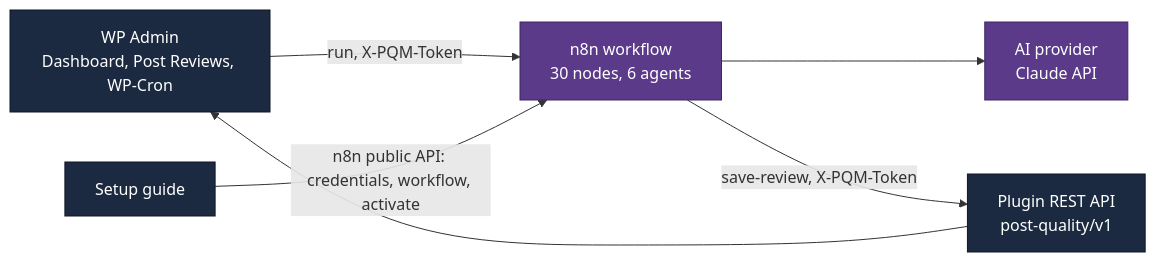
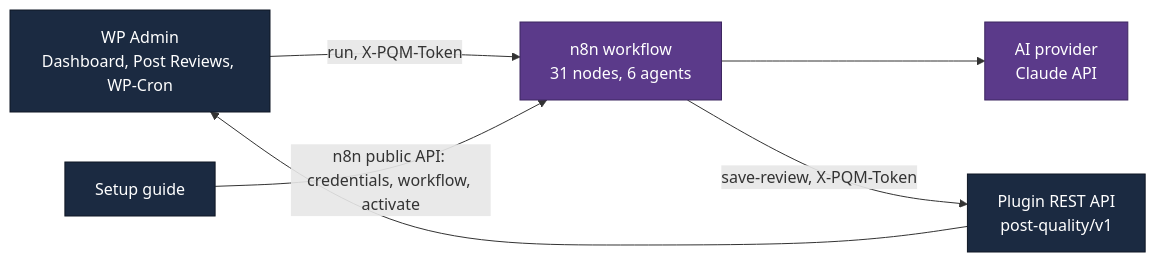
The seventh of 7 diagrams in PORTFOLIO.md (vincentheimann/post-quality-manager), drawn with Mermaid before and after one commit. The commit also changed other lines of this file and 13 other files, not shown here.

````diff
--- a/PORTFOLIO.md
+++ b/PORTFOLIO.md
@@ -223,12 +223,12 @@
 ```mermaid
 flowchart LR
-    A[WP Admin<br/>Dashboard, Post Reviews, WP-Cron] -->|run, X-PQM-Token| B[n8n workflow<br/>30 nodes, 6 agents]
+    A[WP Admin<br/>Dashboard, Post Reviews, WP-Cron] -->|run, X-PQM-Token| B[n8n workflow<br/>31 nodes, 6 agents]
     B --> C[AI provider<br/>Claude API]
     B -->|save-review, X-PQM-Token| D[Plugin REST API<br/>post-quality/v1]
     D --> A
     E[Setup guide] -->|n8n public API: credentials, workflow, activate| B
     classDef wp fill:#1b2a41,color:#ffffff,stroke:#0e1624
     classDef ext fill:#5b3a8a,color:#ffffff,stroke:#3d2660
     class A,D,E wp
     class B,C ext
 ```
````
